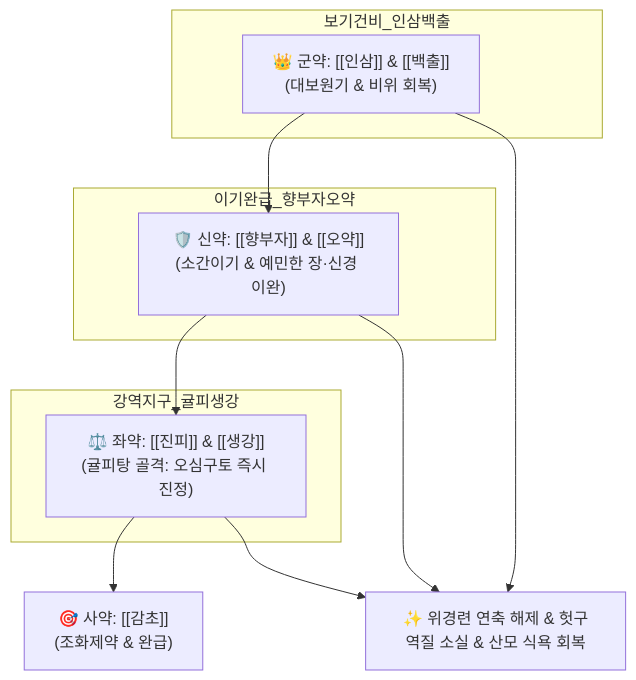
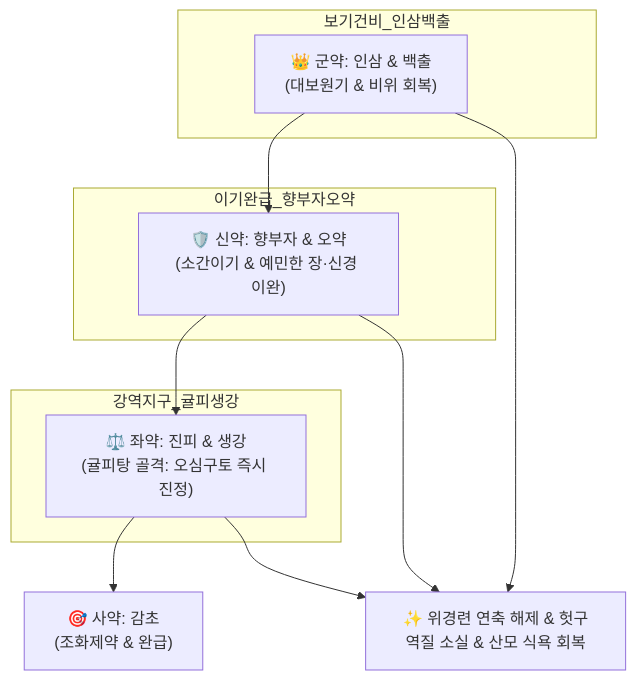
One commit to simbio11/simbio-digital-garden2 changed the diagram in content/2. 약리 공부/처방/02_보익제/보생탕.md. Above: the diagram before and after it, drawn with Mermaid. The commit also changed other lines of this file and 323 other files, not shown here.

````diff
--- a/content/2. 약리 공부/처방/02_보익제/보생탕.md
+++ b/content/2. 약리 공부/처방/02_보익제/보생탕.md
@@ -46,17 +48,17 @@
 ```mermaid
 graph TD
     subgraph 보기건비_인삼백출
-        IS["👑 군약: [[인삼]] & [[백출]]<br>(대보원기 & 비위 회복)"]
+        IS["👑 군약: 인삼 & 백출<br>(대보원기 & 비위 회복)"]
     end
     subgraph 이기완급_향부자오약
-        HB["🛡️ 신약: [[향부자]] & [[오약]]<br>(소간이기 & 예민한 장·신경 이완)"]
+        HB["🛡️ 신약: 향부자 & 오약<br>(소간이기 & 예민한 장·신경 이완)"]
     end
     subgraph 강역지구_귤피생강
-        JP["⚖️ 좌약: [[진피]] & [[생강]]<br>(귤피탕 골격: 오심구토 즉시 진정)"]
+        JP["⚖️ 좌약: 진피 & 생강<br>(귤피탕 골격: 오심구토 즉시 진정)"]
     end
-    GC["🎯 사약: [[감초]]<br>(조화제약 & 완급)"]
+    GC["🎯 사약: 감초<br>(조화제약 & 완급)"]
     IS --> HB
     HB --> JP
     JP --> GC
     IS & HB & JP --> Target["✨ 위경련 연축 해제 & 헛구역질 소실 & 산모 식욕 회복"]
 ```
````
